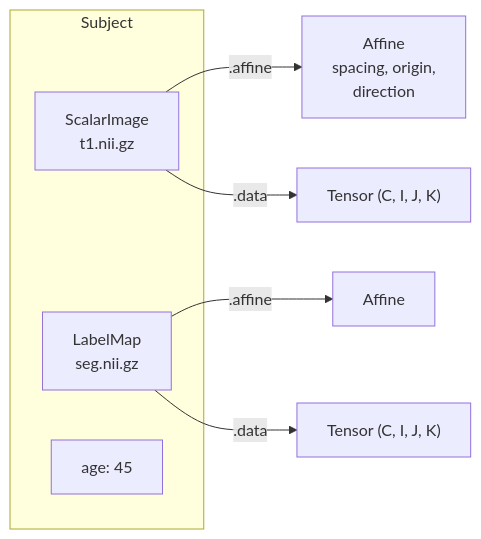
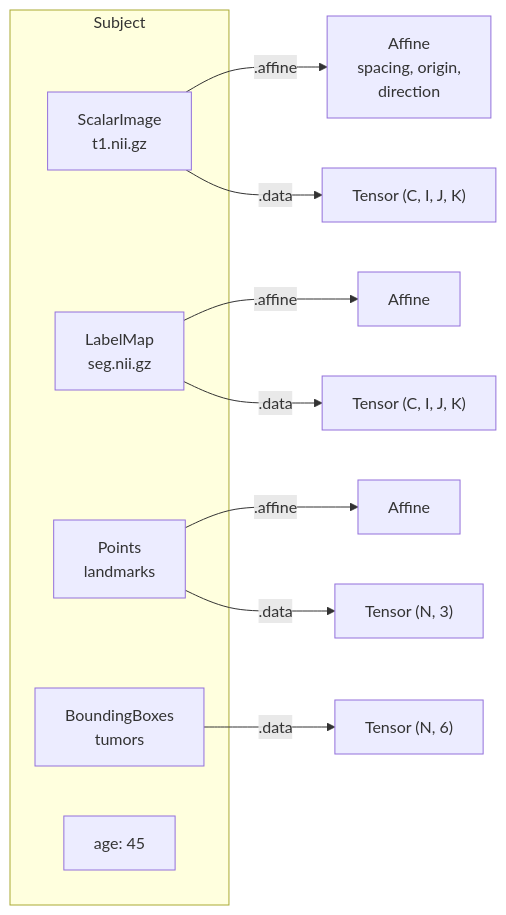
The second of 2 diagrams in docs/explanation/data-model.md (TorchIO-project/torchio), drawn with Mermaid before and after one commit. The commit also changed other lines of this file and 23 other files, not shown here.

Commit message:
Add bounding boxes and points

````diff
--- a/docs/explanation/data-model.md
+++ b/docs/explanation/data-model.md
@@ -151,13 +218,18 @@
 ```mermaid
 flowchart LR
     subgraph Subject
         T1[ScalarImage<br/>t1.nii.gz]
         SEG[LabelMap<br/>seg.nii.gz]
+        LM["Points<br/>landmarks"]
+        BB["BoundingBoxes<br/>tumors"]
         META["age: 45"]
     end
 
     T1 -->|".affine"| A1[Affine<br/>spacing, origin,<br/>direction]
     SEG -->|".affine"| A2[Affine]
+    LM -->|".affine"| A3[Affine]
     T1 -->|".data"| D1["Tensor (C, I, J, K)"]
     SEG -->|".data"| D2["Tensor (C, I, J, K)"]
+    LM -->|".data"| D3["Tensor (N, 3)"]
+    BB -->|".data"| D4["Tensor (N, 6)"]
 ```
````
